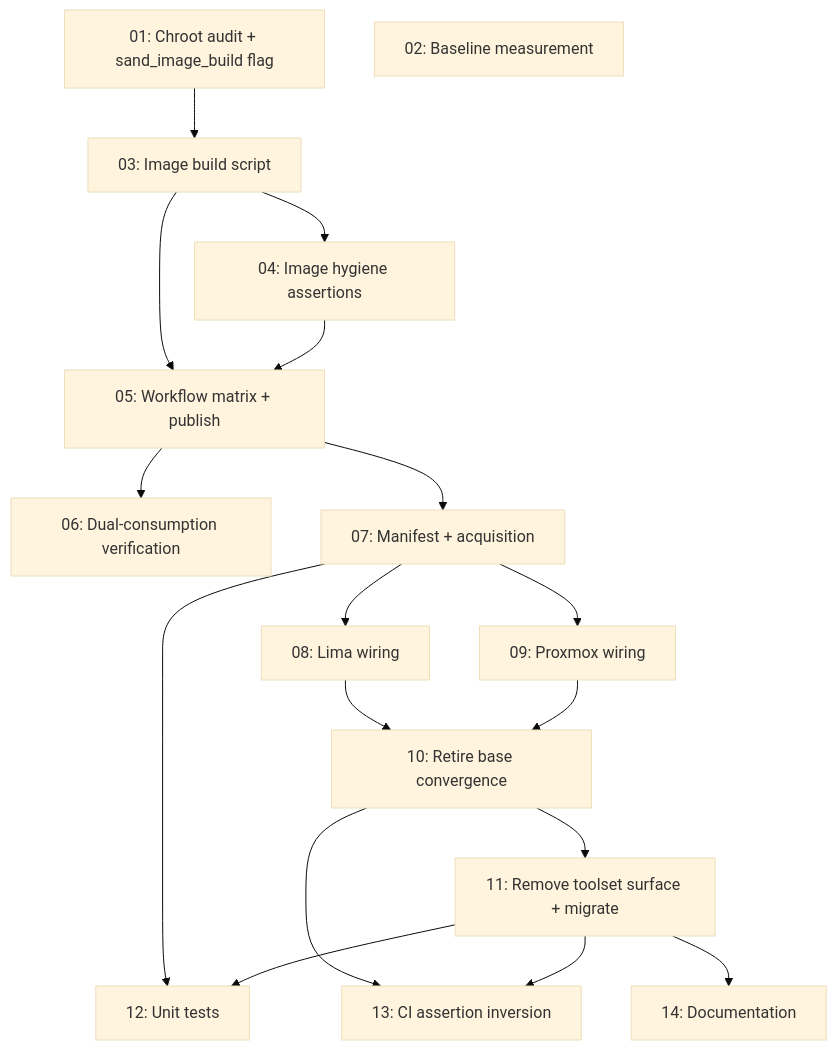
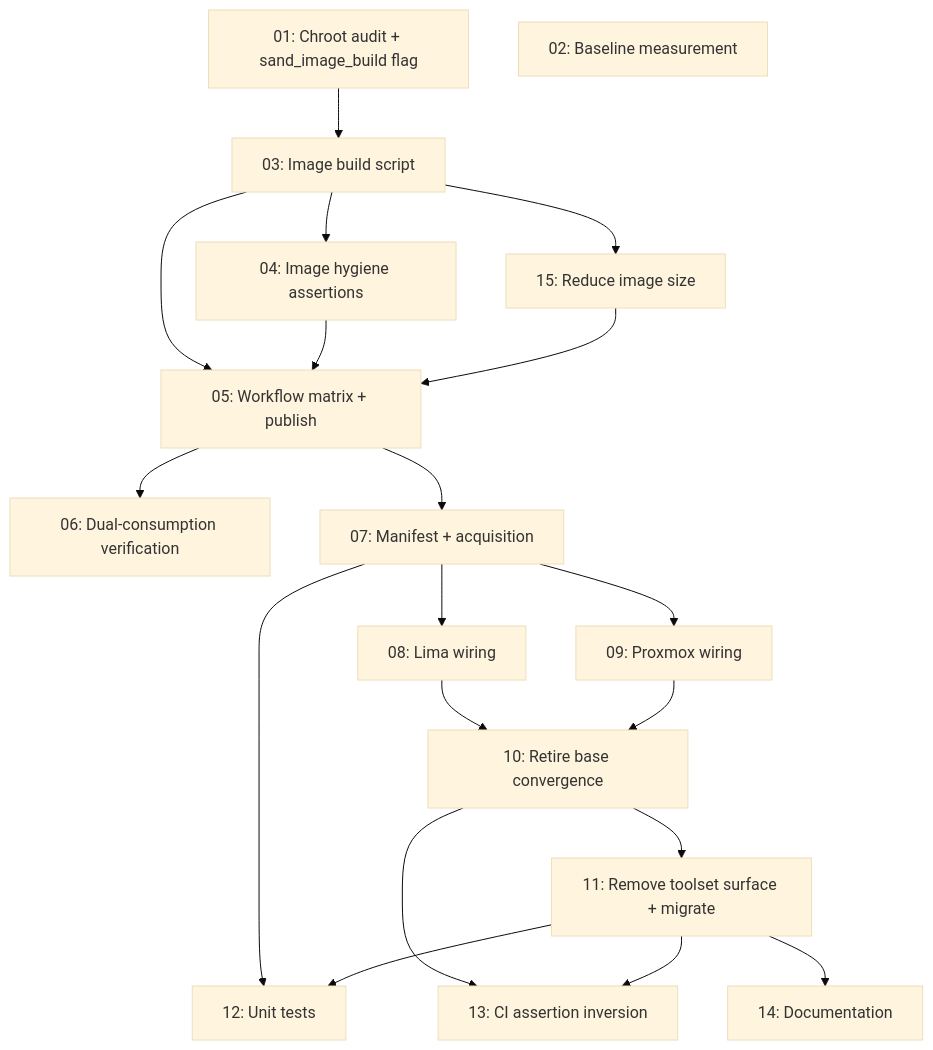
The second of 2 diagrams in .ai/strikethroo/plans/22--baked-base-images/plan-22--baked-base-images.md (Lullabot/sandbar), drawn with Mermaid (base theme) before and after one commit. The commit also changed other lines of this file and 4 other files, not shown here.

````diff
--- a/.ai/strikethroo/plans/22--baked-base-images/plan-22--baked-base-images.md
+++ b/.ai/strikethroo/plans/22--baked-base-images/plan-22--baked-base-images.md
@@ -302,20 +302,22 @@
 ```mermaid
 graph TD
     T01[01: Chroot audit + sand_image_build flag] --> T03[03: Image build script]
     T02[02: Baseline measurement]
     T03 --> T04[04: Image hygiene assertions]
+    T03 --> T15[15: Reduce image size]
     T03 --> T05[05: Workflow matrix + publish]
     T04 --> T05
+    T15 --> T05
     T05 --> T06[06: Dual-consumption verification]
     T05 --> T07[07: Manifest + acquisition]
     T07 --> T08[08: Lima wiring]
     T07 --> T09[09: Proxmox wiring]
     T08 --> T10[10: Retire base convergence]
     T09 --> T10
     T10 --> T11[11: Remove toolset surface + migrate]
     T07 --> T12[12: Unit tests]
     T11 --> T12
     T10 --> T13[13: CI assertion inversion]
     T11 --> T13
     T11 --> T14[14: Documentation]
 ```
````
